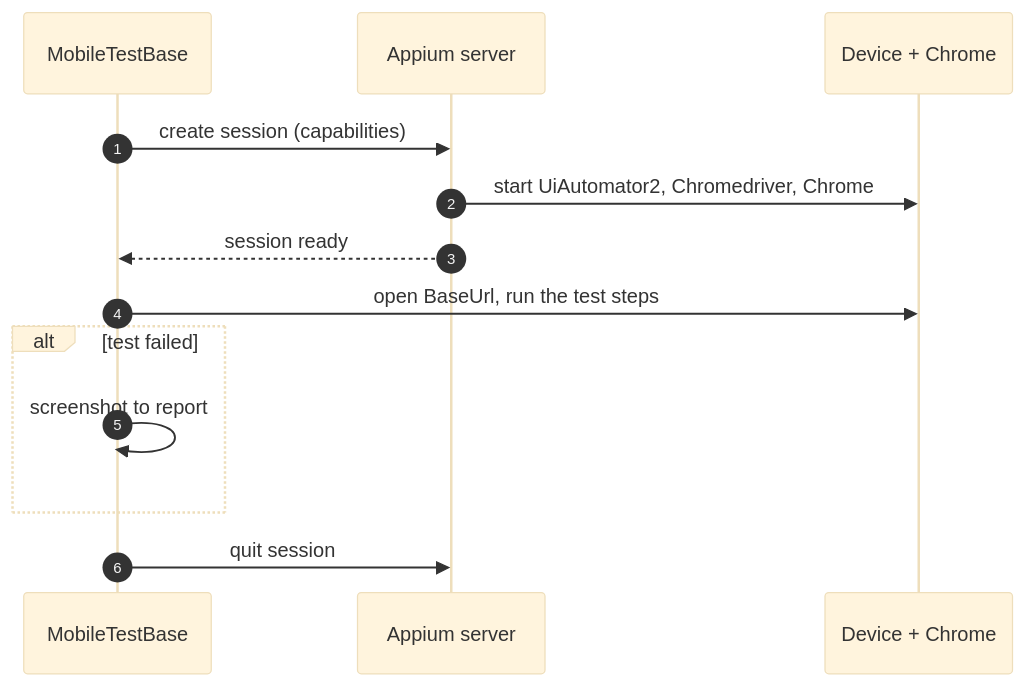
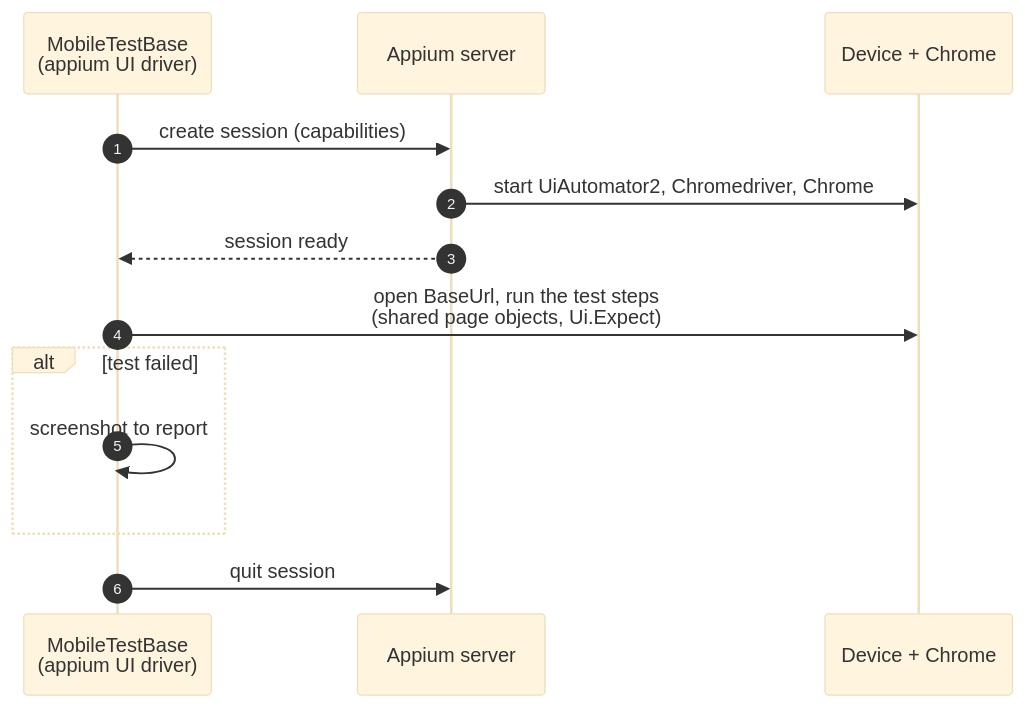
Before and after one commit to ravs788/complete-test-automation-fmw: the fourth of 6 diagrams in docs/DIAGRAMS.md, drawn with Mermaid (base theme). The commit also changed other lines of this file and 47 other files, not shown here.

First line of the commit message:
feat(ui): Selenium web driver and Appium on the UI contract; mobile shares pages (R47)

````diff
--- a/docs/DIAGRAMS.md
+++ b/docs/DIAGRAMS.md
@@ -125,16 +126,16 @@
 ```mermaid
 sequenceDiagram
     autonumber
-    participant B as MobileTestBase
+    participant B as MobileTestBase<br/>(appium UI driver)
     participant AP as Appium server
     participant DEV as Device + Chrome
 
     B->>AP: create session (capabilities)
     AP->>DEV: start UiAutomator2, Chromedriver, Chrome
     AP-->>B: session ready
-    B->>DEV: open BaseUrl, run the test steps
+    B->>DEV: open BaseUrl, run the test steps<br/>(shared page objects, Ui.Expect)
     alt test failed
         B->>B: screenshot to report
     end
     B->>AP: quit session
 ```
````
